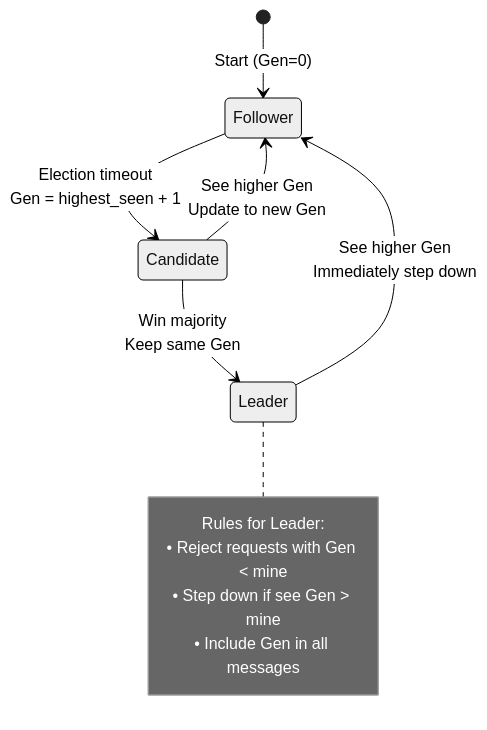
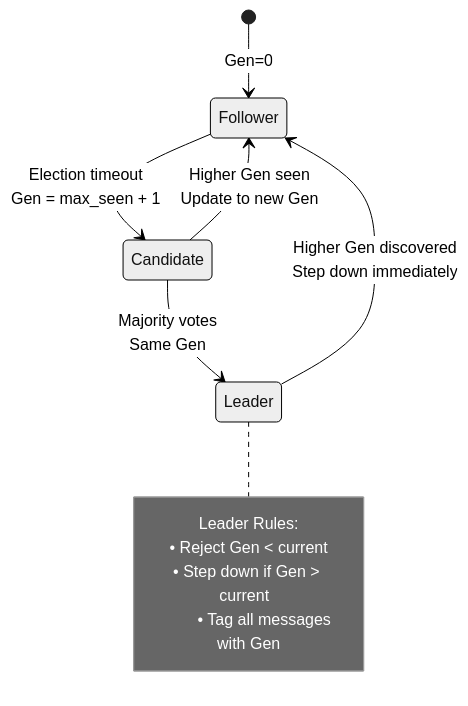
The third of 5 diagrams in docs/pattern-library/coordination/generation-clock.md (deepaucksharma/DStudio), drawn with Mermaid (neutral theme) before and after one commit. The commit also changed other lines of this file and 23 other files, not shown here.

````diff
--- a/docs/pattern-library/coordination/generation-clock.md
+++ b/docs/pattern-library/coordination/generation-clock.md
@@ -117,19 +138,19 @@
 ```mermaid
 stateDiagram-v2
-    [*] --> Follower: Start (Gen=0)
+    [*] --> Follower: Gen=0
     
-    Follower --> Candidate: Election timeout<br/>Gen = highest_seen + 1
+    Follower --> Candidate: Election timeout<br/>Gen = max_seen + 1
     
-    Candidate --> Leader: Win majority<br/>Keep same Gen
+    Candidate --> Leader: Majority votes<br/>Same Gen
     
-    Candidate --> Follower: See higher Gen<br/>Update to new Gen
+    Candidate --> Follower: Higher Gen seen<br/>Update to new Gen
     
-    Leader --> Follower: See higher Gen<br/>Immediately step down
+    Leader --> Follower: Higher Gen discovered<br/>Step down immediately
     
     note right of Leader
-        Rules for Leader:
-        • Reject requests with Gen < mine
-        • Step down if see Gen > mine
-        • Include Gen in all messages
+        Leader Rules:
+        • Reject Gen < current
+        • Step down if Gen > current  
+        • Tag all messages with Gen
     end note
 ```
````
